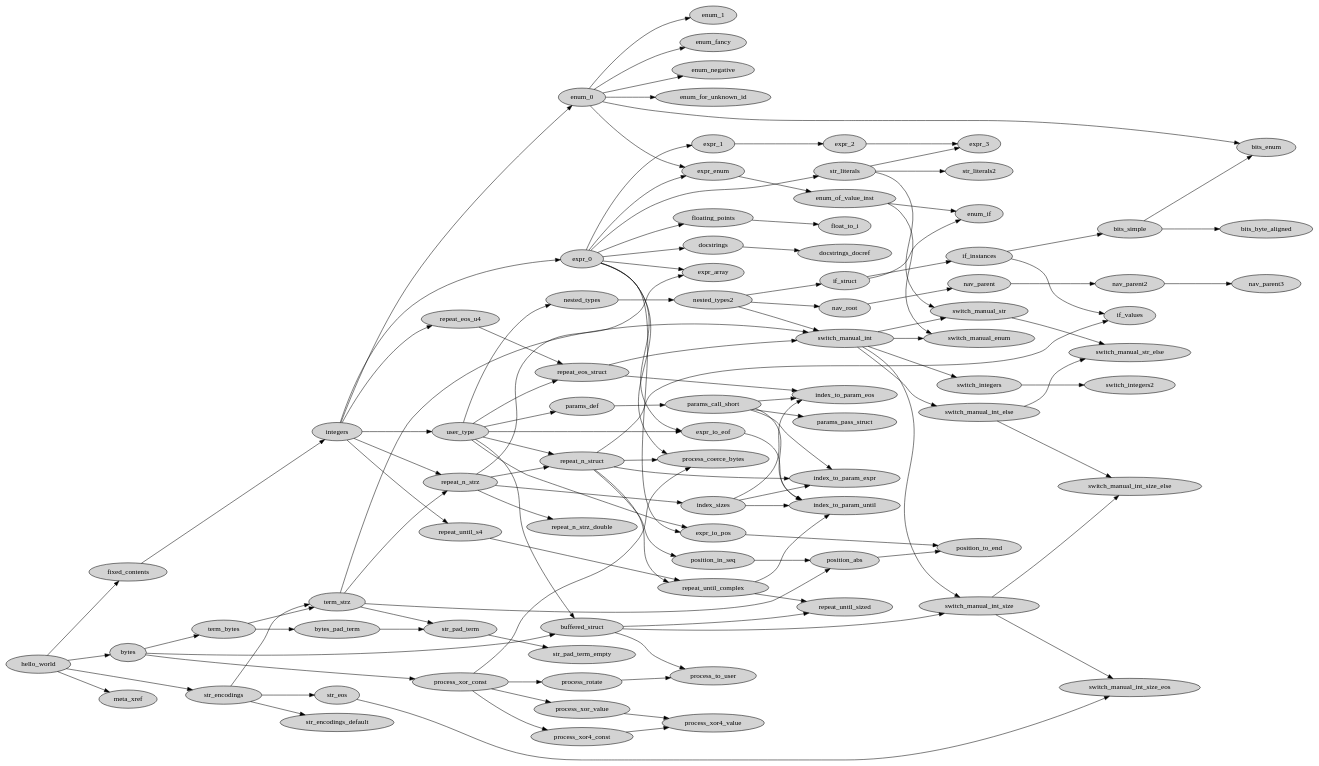
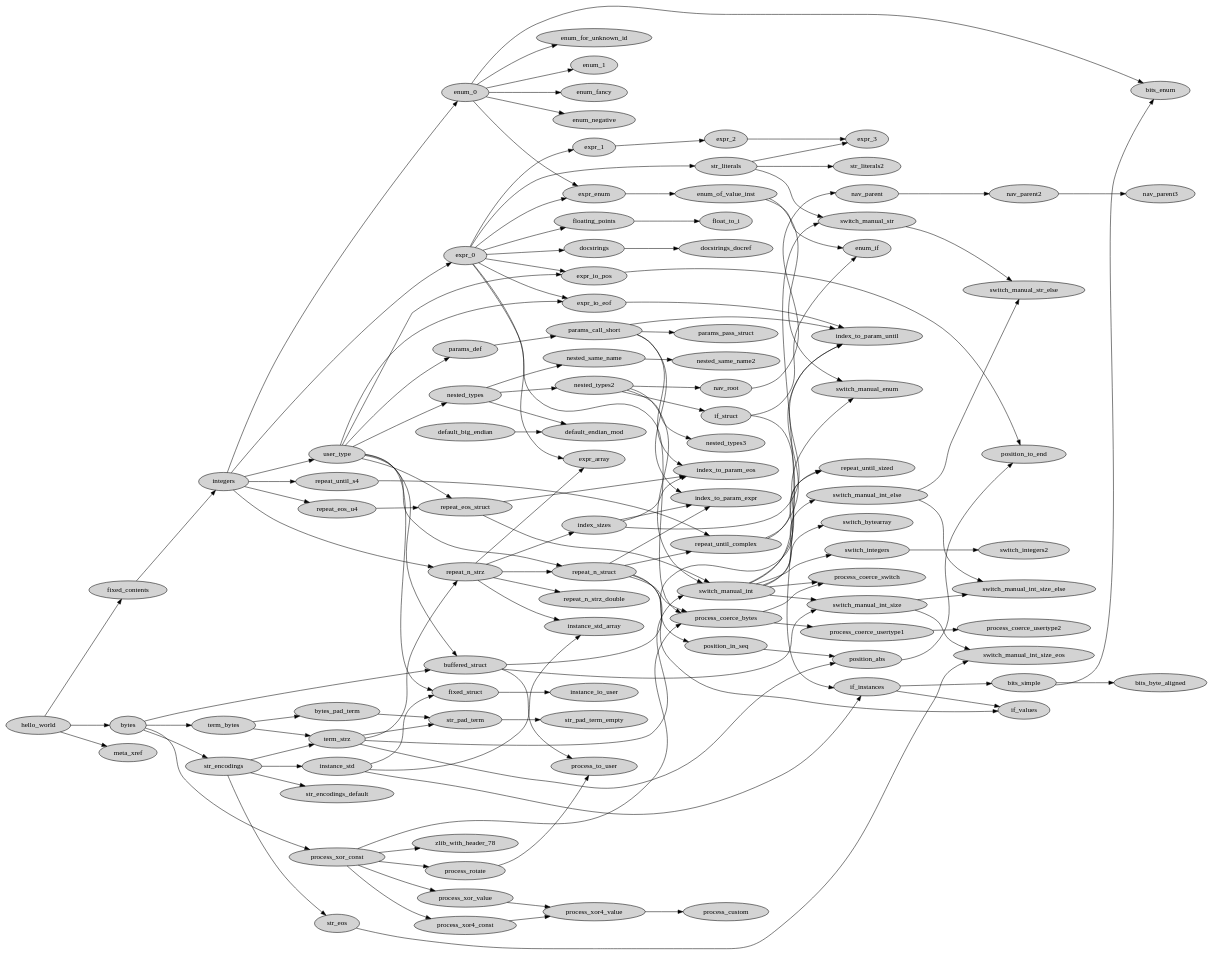
One commit to kaitai-io/kaitai_struct_tests changed the diagram in doc/test_coverage_order.dot. Above: the diagram before and after it, drawn with Graphviz.

Commit message:
Added more tests

```diff
--- a/doc/test_coverage_order.dot
+++ b/doc/test_coverage_order.dot
@@ -1,83 +1,94 @@
 digraph {
 	rankdir=LR;
         node [style=filled];
 
 	hello_world -> fixed_contents;
 	fixed_contents -> integers; // [label="builtin integers"];
 
 	expr_0 -> floating_points -> float_to_i;
 	expr_0 -> str_literals -> str_literals2;
         expr_0 -> expr_1 -> expr_2 -> expr_3;
         {expr_0 repeat_n_strz} -> expr_array;
         {user_type expr_0} -> expr_io_eof;
         {user_type expr_0} -> expr_io_pos;
         str_literals -> expr_3;
 
         expr_0 -> docstrings -> docstrings_docref;
 
 	integers -> enum_0;
 	enum_0 -> enum_1; // [label="multi-level enums"];
 	enum_0 -> enum_fancy;
 	{expr_0 enum_0} -> expr_enum -> enum_of_value_inst;
 	enum_0 -> enum_negative;
         enum_0 -> enum_for_unknown_id;
         {enum_of_value_inst if_struct} -> enum_if;
 
 	integers -> expr_0; // [label="instance values, basic arithmetics"];
 
         if_instances -> bits_simple -> {bits_byte_aligned bits_enum};
         enum_0 -> bits_enum;
 
-	integers -> user_type -> nested_types -> nested_types2;
+	integers -> user_type -> nested_types -> nested_types2 -> nested_types3;
+	nested_types -> nested_same_name -> nested_same_name2;
 
         {bytes user_type} -> buffered_struct;
 
 	integers -> {repeat_eos_u4 repeat_n_strz repeat_until_s4};
         term_strz -> repeat_n_strz -> repeat_n_strz_double;
 	{user_type repeat_eos_u4} -> repeat_eos_struct;
 	{user_type repeat_n_strz} -> repeat_n_struct;
         repeat_until_s4 -> repeat_until_complex -> repeat_until_sized;
         repeat_n_struct -> repeat_until_complex;
         buffered_struct -> repeat_until_sized;
 
         hello_world -> bytes -> term_bytes -> bytes_pad_term -> str_pad_term;
 	term_bytes -> term_strz -> str_pad_term -> str_pad_term_empty;
 
-	hello_world -> str_encodings -> str_encodings_default;
+	bytes -> str_encodings -> str_encodings_default;
 
 	str_encodings -> {term_strz str_eos};
 
-        {nested_types2 term_strz repeat_eos_struct} -> switch_manual_int -> {switch_manual_int_else switch_manual_int_size};
+        {nested_types2 term_strz repeat_eos_struct} -> switch_manual_int -> {switch_manual_int_else switch_manual_int_size switch_bytearray};
         buffered_struct -> switch_manual_int_size;
         {switch_manual_int_else switch_manual_int_size} -> switch_manual_int_size_else;
         {switch_manual_int str_literals} -> switch_manual_str;
         {switch_manual_str switch_manual_int_else} -> switch_manual_str_else;
         switch_manual_int -> switch_integers -> switch_integers2;
         {switch_manual_int enum_of_value_inst} -> switch_manual_enum;
 
         hello_world -> meta_xref;
 
         {str_eos switch_manual_int_size} -> switch_manual_int_size_eos;
 
         repeat_n_strz -> index_sizes -> {index_to_param_eos index_to_param_expr index_to_param_until};
         user_type -> params_def -> params_call_short -> {index_to_param_eos index_to_param_expr index_to_param_until params_pass_struct};
         repeat_eos_struct -> index_to_param_eos;
         repeat_n_struct -> index_to_param_expr;
         {repeat_until_complex expr_io_eof} -> index_to_param_until;
 
         nested_types2 -> if_struct -> if_instances -> if_values;
         repeat_n_struct -> if_values;
 
         bytes -> process_xor_const -> process_xor_value -> process_xor4_value;
-        process_xor_const -> {process_xor4_const process_rotate};
+        process_xor_const -> {process_xor4_const process_rotate zlib_with_header_78};
         process_xor4_const -> process_xor4_value;
         {buffered_struct process_rotate} -> process_to_user;
 
-        {repeat_n_struct process_xor_const expr_0} -> process_coerce_bytes;
+        {repeat_n_struct process_xor_const expr_0} -> process_coerce_bytes -> process_coerce_usertype1 -> process_coerce_usertype2;
+        {process_coerce_bytes switch_manual_int} -> process_coerce_switch;
 
         nested_types2 -> nav_root -> nav_parent -> nav_parent2 -> nav_parent3;
 
         repeat_n_struct -> position_in_seq -> position_abs;
         term_strz -> position_abs;
         {expr_io_pos position_abs} -> position_to_end;
+
+        process_xor4_value -> process_custom;
+
+        str_encodings -> instance_std -> if_instances;
+        {instance_std repeat_n_strz} -> instance_std_array;
+
+	{instance_std user_type} -> fixed_struct -> instance_io_user;
+
+        {default_big_endian nested_types} -> default_endian_mod;
 }
```
